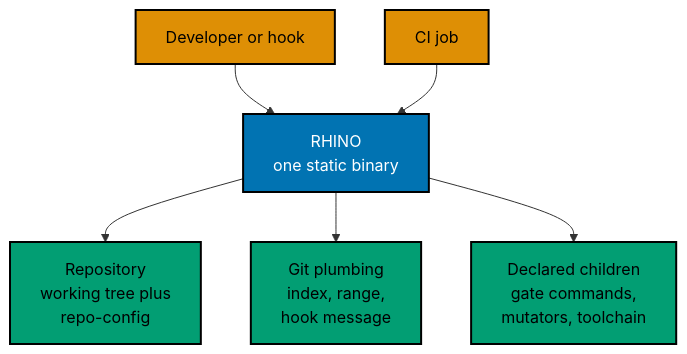
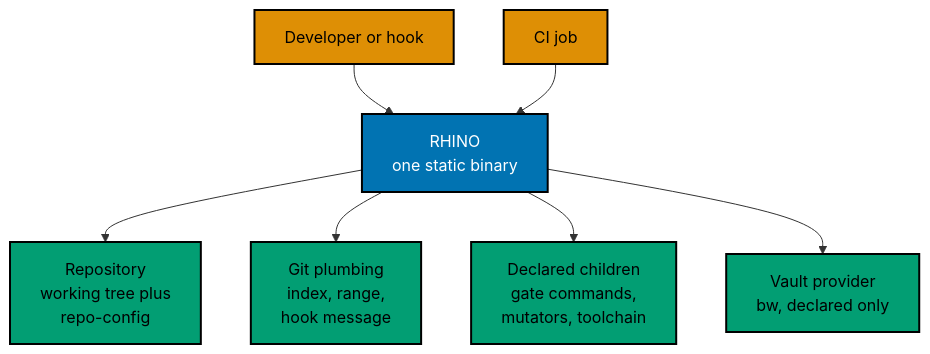
The first of 2 diagrams in specs/architecture.md (wahidyankf/rhino), drawn with Mermaid before and after one commit. The commit also changed other lines of this file and 64 other files, not shown here.

First line of the commit message:
feat(environment): move declared secret values through the vault (#212)

````diff
--- a/specs/architecture.md
+++ b/specs/architecture.md
@@ -12,16 +12,17 @@
 ```mermaid
 flowchart TD
     accTitle: System context
-    accDescr: Developers, hooks, and CI jobs run one static RHINO binary against a repository, Git, and gate children.
+    accDescr: Developers, hooks, and CI jobs run a static binary against a repository, Git, gate children, and a vault.
     Dev["Developer or hook"] --> Rhino["RHINO<br/>one static binary"]
     CI["CI job"] --> Rhino
     Rhino --> Repo["Repository<br/>working tree plus<br/>repo-config"]
     Rhino --> Git["Git plumbing<br/>index, range,<br/>hook message"]
     Rhino --> Kids["Declared children<br/>gate commands,<br/>mutators, toolchain"]
+    Rhino --> Vault["Vault provider<br/>bw, declared only"]
     classDef actor fill:#DE8F05,stroke:#000000,color:#000000,stroke-width:2px
     classDef core fill:#0173B2,stroke:#000000,color:#FFFFFF,stroke-width:2px
     classDef external fill:#029E73,stroke:#000000,color:#000000,stroke-width:2px
     class Dev,CI actor
     class Rhino core
-    class Repo,Git,Kids external
+    class Repo,Git,Kids,Vault external
 ```
````
